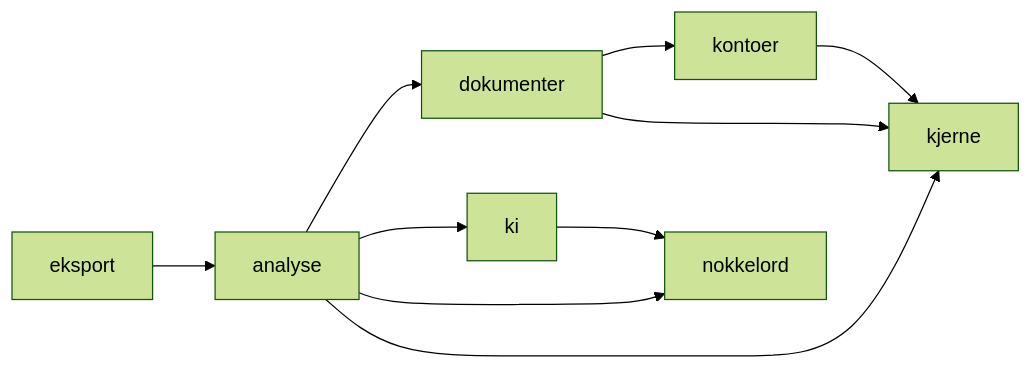
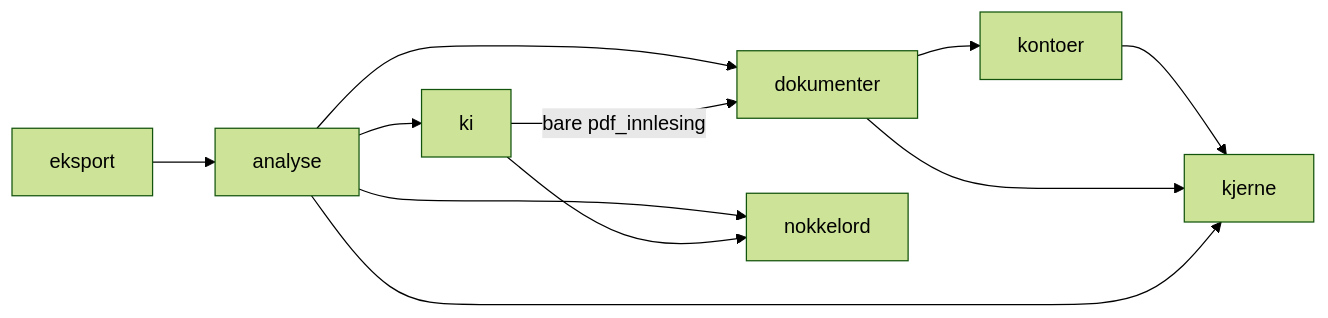
Before and after one commit to IBE160-2026/G48-flaa-kulseng-otterlei: the second of 4 diagrams in _bmad-output/planning-artifacts/architecture/architecture-G48-flaa-kulseng-otterlei-2026-11-03/ARCHITECTURE-SPINE.md, drawn with Mermaid (forest theme). The commit also changed other lines of this file and 1 other file, not shown here.

````diff
--- a/_bmad-output/planning-artifacts/architecture/architecture-G48-flaa-kulseng-otterlei-2026-11-03/ARCHITECTURE-SPINE.md
+++ b/_bmad-output/planning-artifacts/architecture/architecture-G48-flaa-kulseng-otterlei-2026-11-03/ARCHITECTURE-SPINE.md
@@ -66,11 +66,12 @@
 ```mermaid
 flowchart LR
     analyse --> dokumenter --> kontoer
     analyse --> ki
     analyse --> nokkelord
     eksport --> analyse
     kontoer --> kjerne
     dokumenter --> kjerne
     analyse --> kjerne
     ki --> nokkelord
+    ki -->|bare pdf_innlesing| dokumenter
 ```
````
